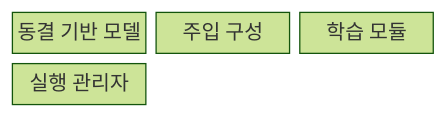
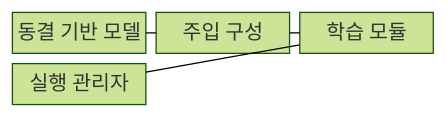
The first of 2 diagrams in src/content/docs/notes/08-latest-tech/061_parameter_efficient_fine_tuning.md (agnusdei1207/knowledge-base), drawn with Mermaid (forest theme) before and after one commit. The commit also changed other lines of this file and 228 other files, not shown here.

````diff
--- a/src/content/docs/notes/08-latest-tech/061_parameter_efficient_fine_tuning.md
+++ b/src/content/docs/notes/08-latest-tech/061_parameter_efficient_fine_tuning.md
@@ -49,8 +49,11 @@
 ```mermaid
 block-beta
     columns 3
     B["동결 기반 모델"]
     C["주입 구성"]
     T["학습 모듈"]
     R["실행 관리자"]
+    B --- C
+    C --- T
+    T --- R
 ```
````
